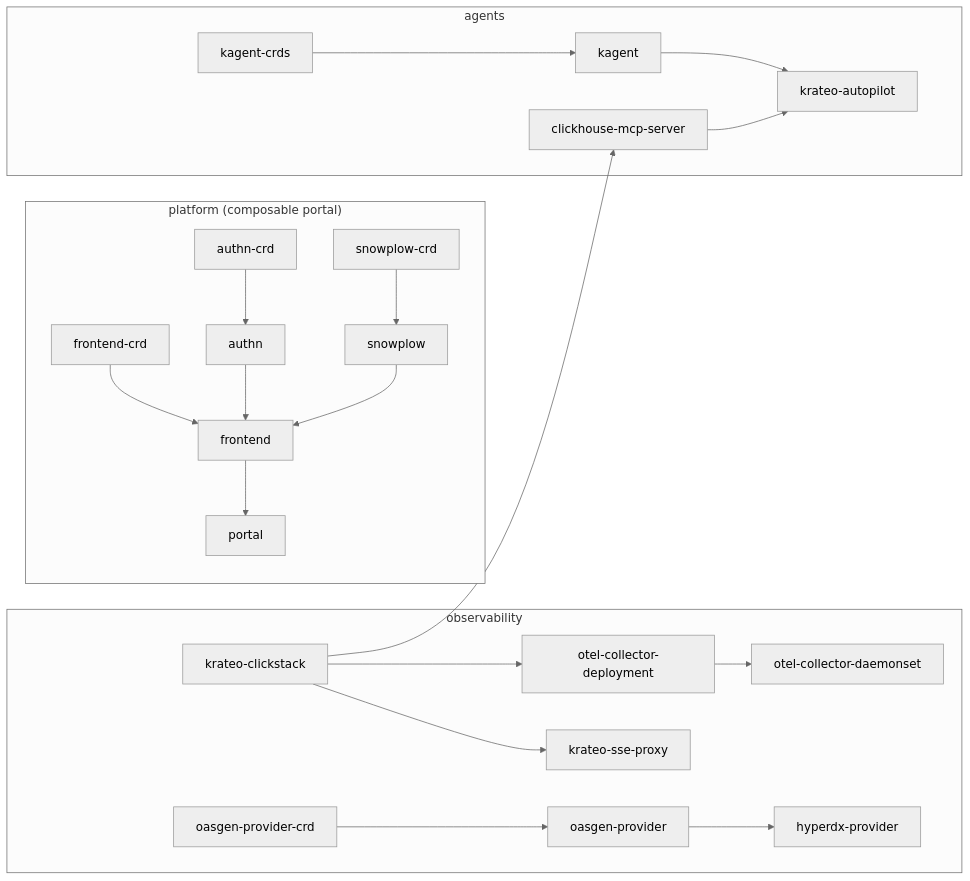
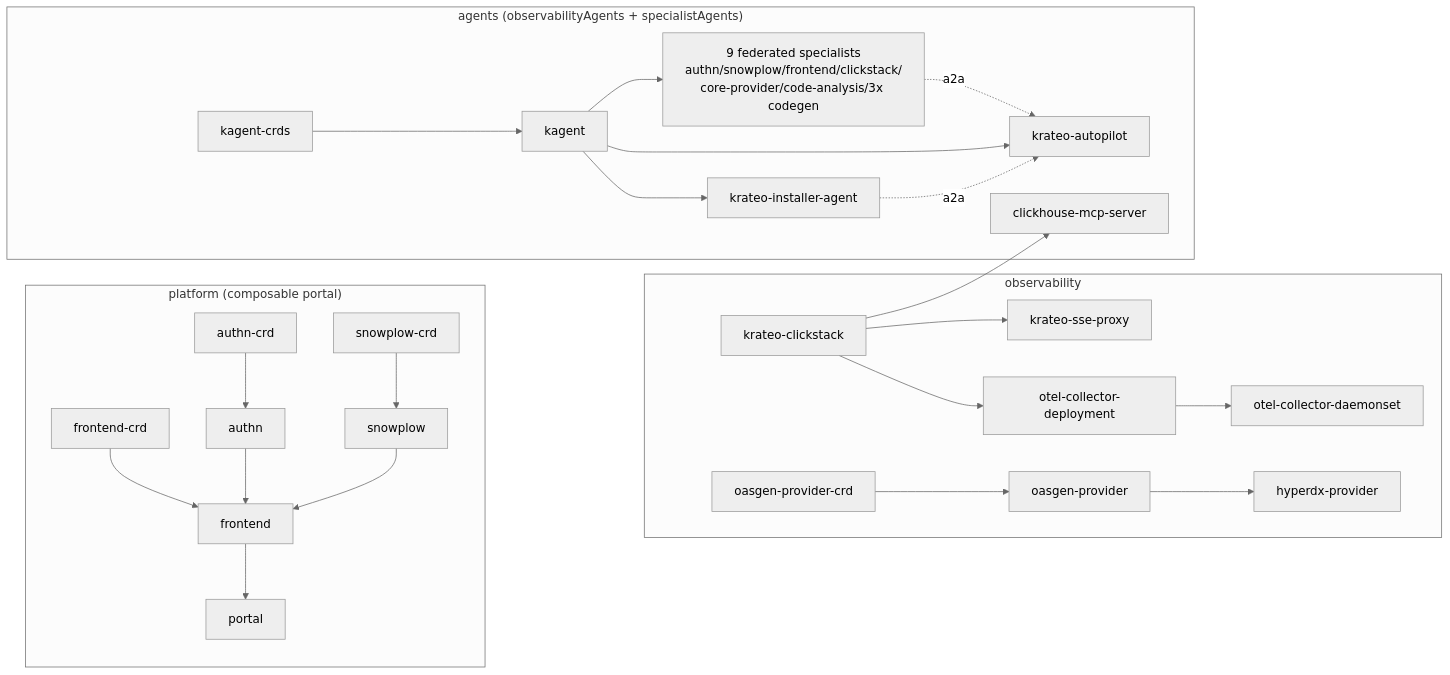
Before and after one commit to braghettos/installer: the second of 2 diagrams in README.md, drawn with Mermaid (neutral theme). The commit also changed other lines of this file and 2 other files, not shown here.

First line of the commit message:
docs: add ARCHITECTURE.md (diagrams + FSMs) and refresh README diagrams

````diff
--- a/README.md
+++ b/README.md
@@ -147,24 +151,27 @@
 ```mermaid
 flowchart LR
     subgraph platform["platform (composable portal)"]
         authncrd[authn-crd] --> authn
         snowplowcrd[snowplow-crd] --> snowplow
         frontendcrd[frontend-crd] --> frontend
         authn --> frontend
         snowplow --> frontend
         frontend --> portal
     end
     subgraph obs["observability"]
         clickstack[krateo-clickstack] --> oteld[otel-collector-deployment]
         oteld --> otelds[otel-collector-daemonset]
         clickstack --> sse[krateo-sse-proxy]
         oasgencrd[oasgen-provider-crd] --> oasgen[oasgen-provider]
         oasgen --> hyperdx[hyperdx-provider]
     end
-    subgraph agents["agents"]
+    subgraph agents["agents (observabilityAgents + specialistAgents)"]
         clickstack --> mcp[clickhouse-mcp-server]
         kagentcrds[kagent-crds] --> kagent
-        mcp --> autopilot[krateo-autopilot]
-        kagent --> autopilot
+        kagent --> iagent[krateo-installer-agent]
+        kagent --> autopilot[krateo-autopilot]
+        iagent -. a2a .-> autopilot
+        kagent --> specialists[9 federated specialists<br/>authn/snowplow/frontend/clickstack/<br/>core-provider/code-analysis/3x codegen]
+        specialists -. a2a .-> autopilot
     end
 ```
````
